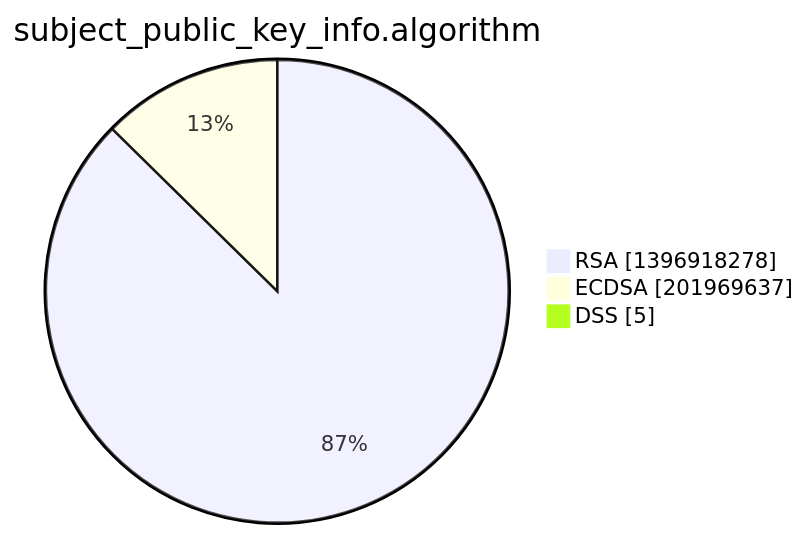
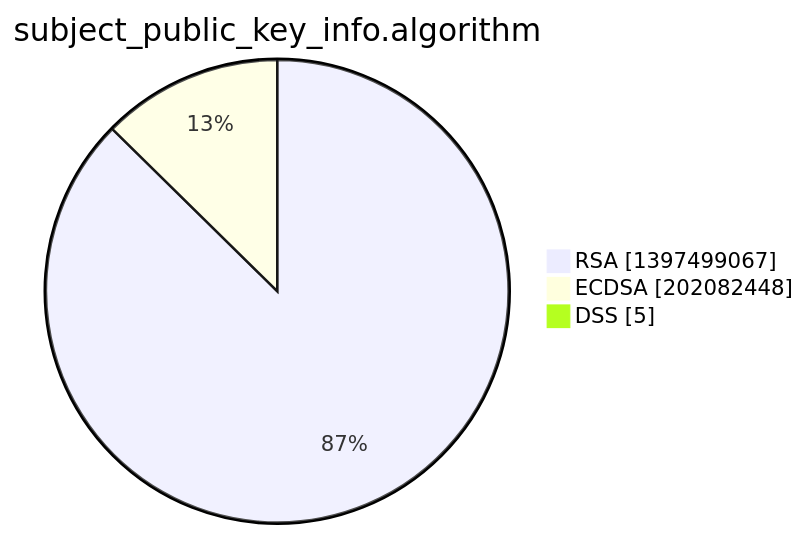
The third of 15 diagrams in xenon2022/README.md (christiankrug/ctmonitor_visualization), drawn with Mermaid before and after one commit. The commit also changed other lines of this file, not shown here.

````diff
--- a/xenon2022/README.md
+++ b/xenon2022/README.md
@@ -14,7 +14,7 @@
 ```mermaid
 pie showData
 title subject_public_key_info.algorithm
-"RSA" :1396918278
-"ECDSA" :201969637
+"RSA" :1397499067
+"ECDSA" :202082448
 "DSS" :5
 ```
````
